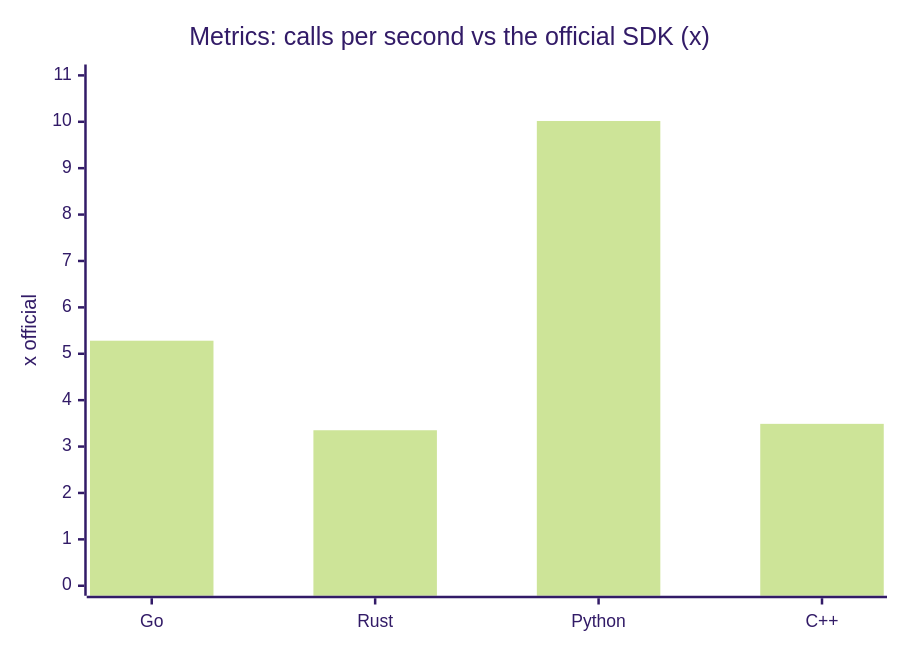
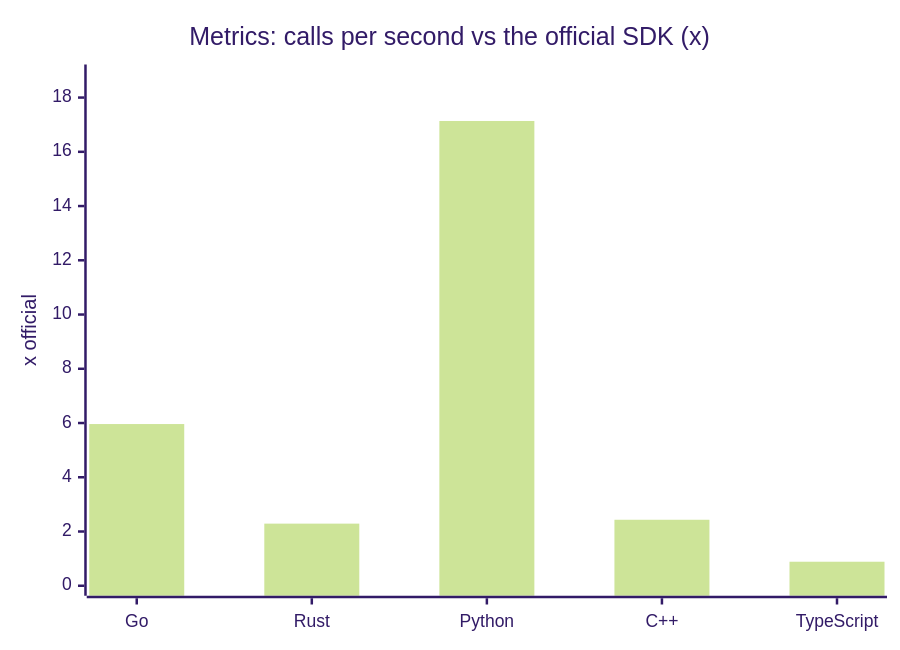
One commit to the-protobuf-project/telemetry changed the ninth of 24 diagrams in docs/benchmark.md. Above: the diagram before and after it, drawn with Mermaid (forest theme). The commit also changed other lines of this file and 4 other files, not shown here.

First line of the commit message:
TypeScript SDK benchmarks, and fix lint on main (#12)

````diff
--- a/docs/benchmark.md
+++ b/docs/benchmark.md
@@ -103,7 +103,7 @@
 ```mermaid
 xychart-beta
     title "Metrics: calls per second vs the official SDK (x)"
-    x-axis ["Go", "Rust", "Python", "C++"]
-    y-axis "x official" 0 --> 11.0191
-    bar [5.28129, 3.35163, 10.0173, 3.48944]
+    x-axis ["Go", "Rust", "Python", "C++", "TypeScript"]
+    y-axis "x official" 0 --> 18.8505
+    bar [5.9622, 2.29042, 17.1368, 2.43313, 0.885843]
 ```
````
